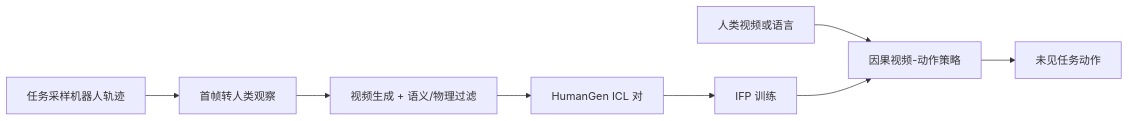
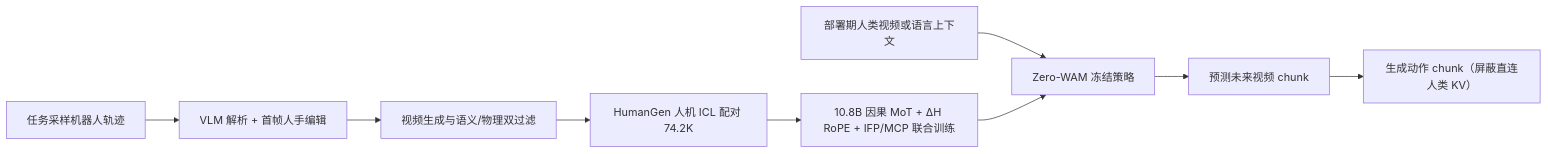
Before and after one commit to ImChong/Robotics_Notebooks: the first of 2 diagrams in wiki/entities/paper-zero-wam.md, drawn with Mermaid. The commit also changed other lines of this file and 73 other files, not shown here.

````diff
--- a/wiki/entities/paper-zero-wam.md
+++ b/wiki/entities/paper-zero-wam.md
@@ -67,10 +96,11 @@
 ```mermaid
 flowchart LR
-  robot[任务采样机器人轨迹] --> edit[首帧转人类观察]
-  edit --> vgen[视频生成 + 语义/物理过滤]
-  vgen --> hg[HumanGen ICL 对]
-  hg --> ifp[IFP 训练]
-  video[人类视频或语言] --> policy[因果视频-动作策略]
-  ifp --> policy
-  policy --> act[未见任务动作]
+  robot["任务采样机器人轨迹"] --> parse["VLM 解析 + 首帧人手编辑"]
+  parse --> vgen["视频生成与语义/物理双过滤"]
+  vgen --> hg["HumanGen 人机 ICL 配对 74.2K"]
+  hg --> pre["10.8B 因果 MoT + ΔH RoPE + IFP/MCP 联合训练"]
+  hvid["部署期人类视频或语言上下文"] --> policy["Zero-WAM 冻结策略"]
+  pre --> policy
+  policy --> vid["预测未来视频 chunk"]
+  vid --> act["生成动作 chunk（屏蔽直连人类 KV）"]
 ```
````
